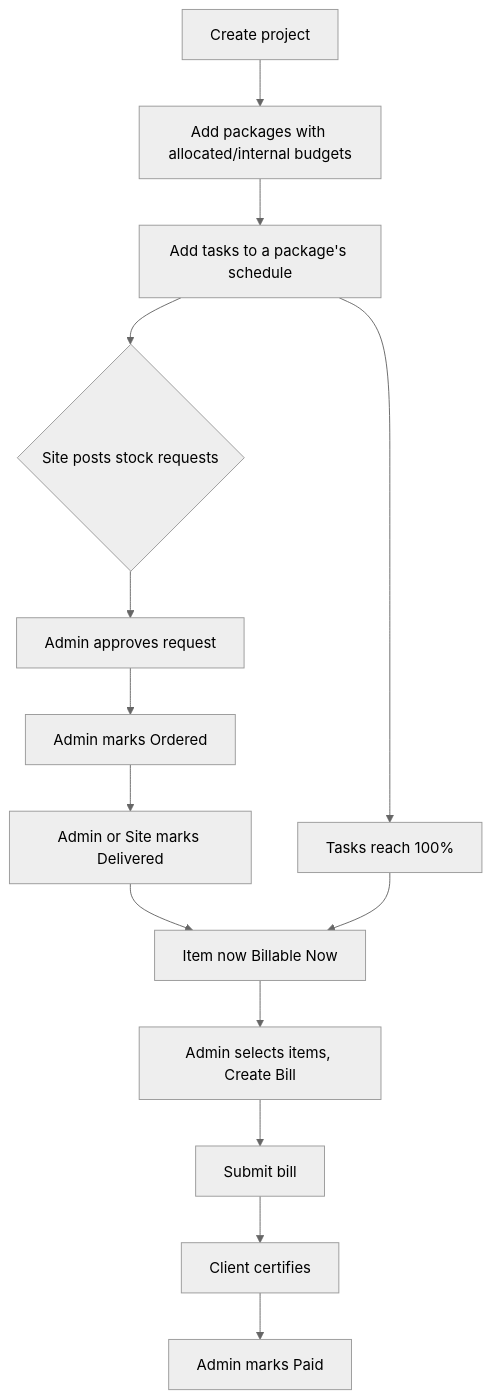
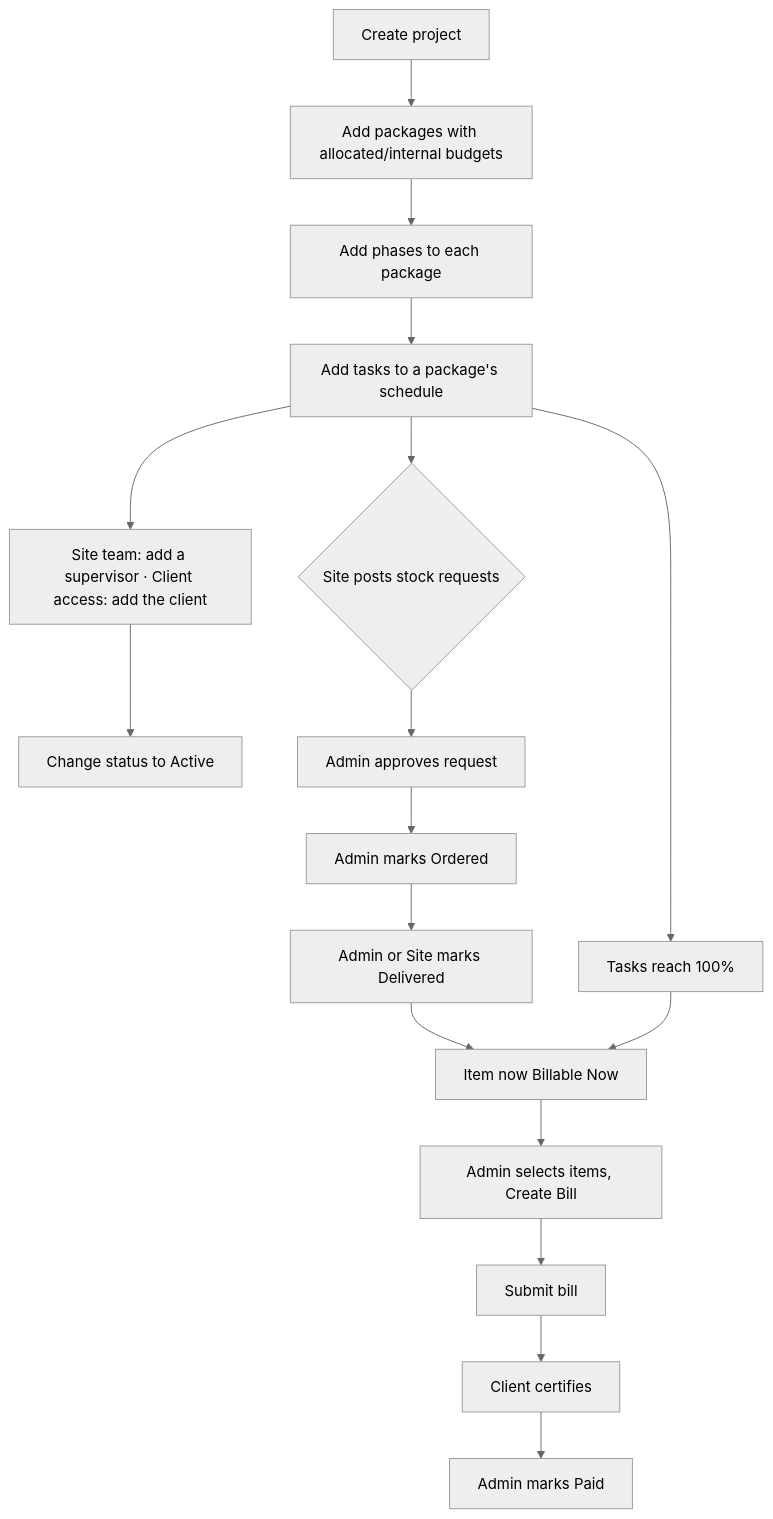
One commit to ApexStudios-interiors/ApexStudios changed the seventh of 9 diagrams in docs/ui-guide.md. Above: the diagram before and after it, drawn with Mermaid (neutral theme). The commit also changed other lines of this file and 3 other files, not shown here.

````diff
--- a/docs/ui-guide.md
+++ b/docs/ui-guide.md
@@ -320,16 +354,19 @@
 ```mermaid
 flowchart TD
     A[Create project] --> B[Add packages with allocated/internal budgets]
-    B --> C[Add tasks to a package's schedule]
+    B --> B2[Add phases to each package]
+    B2 --> C[Add tasks to a package's schedule]
+    C --> C2[Site team: add a supervisor · Client access: add the client]
+    C2 --> C3[Change status to Active]
     C --> D{Site posts stock requests}
     D --> E[Admin approves request]
     E --> F[Admin marks Ordered]
     F --> G[Admin or Site marks Delivered]
     G --> H[Item now Billable Now]
     C --> I[Tasks reach 100%]
     I --> H
     H --> J[Admin selects items, Create Bill]
     J --> K[Submit bill]
     K --> L[Client certifies]
     L --> M[Admin marks Paid]
 ```
````
